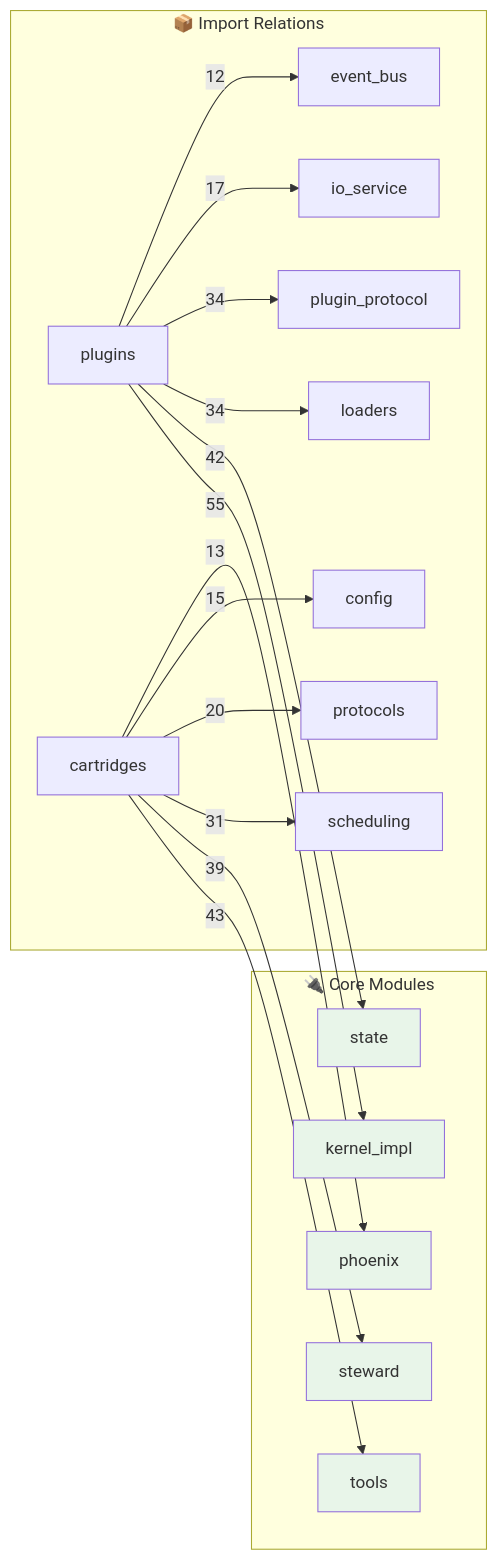
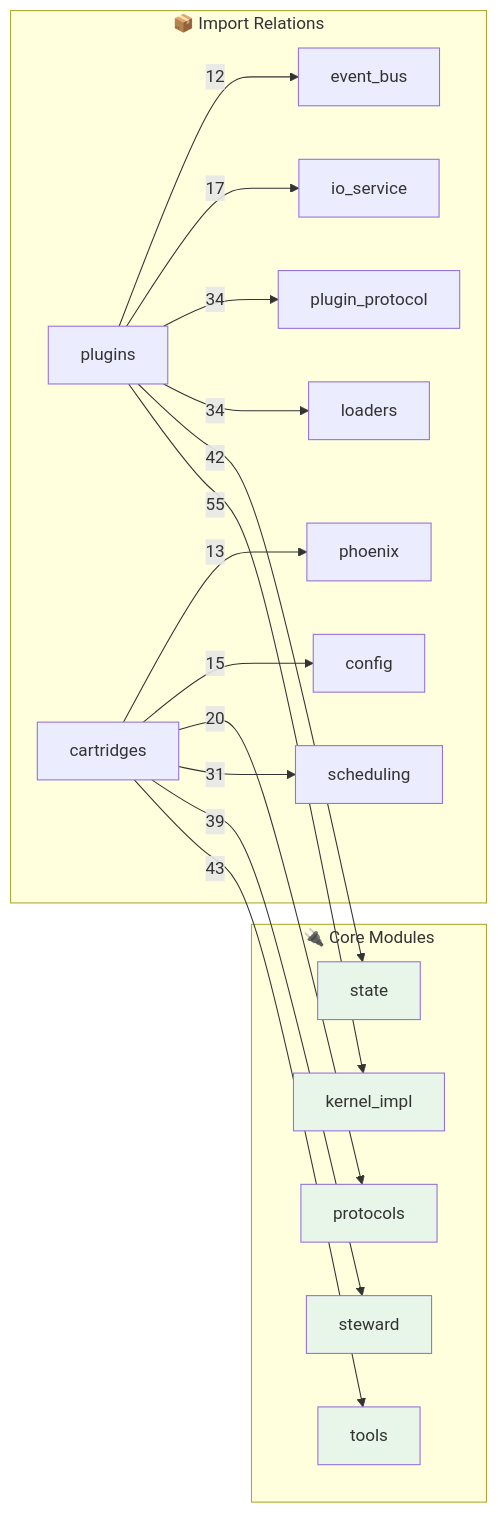
One commit to kimeisele/steward-protocol changed the second of 2 diagrams in OPUS.md. Above: the diagram before and after it, drawn with Mermaid. The commit also changed other lines of this file and 16 other files, not shown here.

````diff
--- a/OPUS.md
+++ b/OPUS.md
@@ -758,31 +680,31 @@
 ```mermaid
 flowchart LR
     subgraph Core["🔌 Core Modules"]
         kernel_impl[kernel_impl]
         steward[steward]
         tools[tools]
         state[state]
-        phoenix[phoenix]
+        protocols[protocols]
     end
 
     subgraph Edges["📦 Import Relations"]
         plugins -->|55| kernel_impl
         cartridges -->|43| tools
         plugins -->|42| state
         cartridges -->|39| steward
         plugins -->|34| loaders
         plugins -->|34| plugin_protocol
         cartridges -->|31| scheduling
         cartridges -->|20| protocols
         plugins -->|17| io_service
         cartridges -->|15| config
         cartridges -->|13| phoenix
         plugins -->|12| event_bus
     end
 
     style kernel_impl fill:#e8f5e9
     style steward fill:#e8f5e9
     style tools fill:#e8f5e9
     style state fill:#e8f5e9
-    style phoenix fill:#e8f5e9
+    style protocols fill:#e8f5e9
 ```
````
